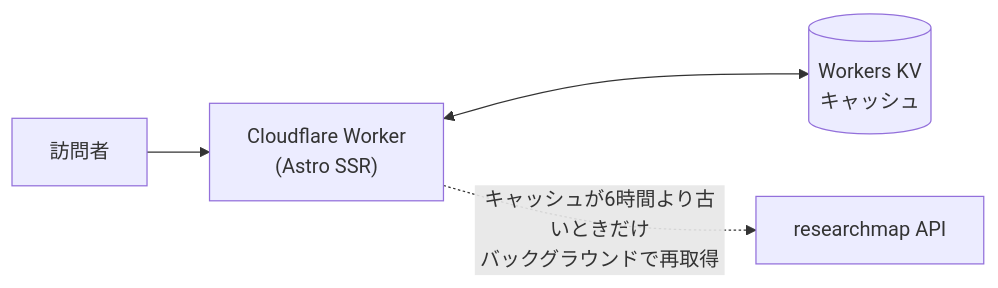
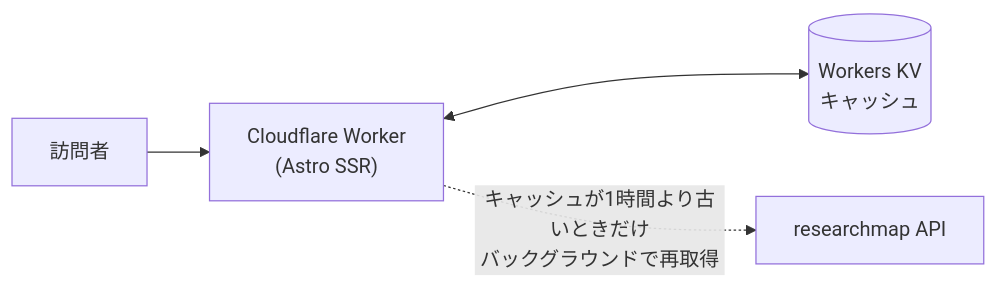
One commit to kromiii/researchmap-pages changed the diagram in README.md. Above: the diagram before and after it, drawn with Mermaid. The commit also changed 1 other file, not shown here.

Commit message:
change cache ttl

````diff
--- a/README.md
+++ b/README.md
@@ -16,6 +16,6 @@
 ```mermaid
 flowchart LR
     V[訪問者] --> W["Cloudflare Worker<br>(Astro SSR)"]
     W <--> KV[("Workers KV<br>キャッシュ")]
-    W -. キャッシュが6時間より古いときだけ<br>バックグラウンドで再取得 .-> R[researchmap API]
+    W -. キャッシュが1時間より古いときだけ<br>バックグラウンドで再取得 .-> R[researchmap API]
 ```
````
